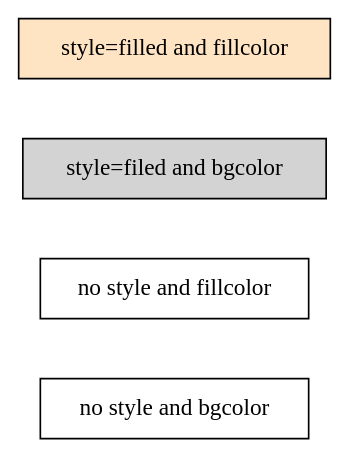
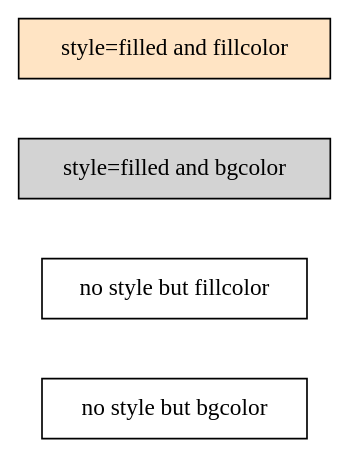
One commit to ReneNyffenegger/about-Graphviz changed the diagram in elems/node/filled.dot. Above: the diagram before and after it, drawn with Graphviz.

```diff
--- a/elems/node/filled.dot
+++ b/elems/node/filled.dot
@@ -1,12 +1,11 @@
 digraph X {
 
    node [ shape = box ]
 
    node_1 [ fillcolor=bisque  style=filled label="style=filled and fillcolor" ]
-   node_2 [   bgcolor=red     style=filled label="style=filed and bgcolor"    ] // bgcolor is not respected, color will be grey
-   node_3 [ fillcolor=bisque               label="no style and fillcolor"     ]
-   node_4 [   bgcolor=red                  label="no style and bgcolor"       ]
+   node_2 [   bgcolor=red     style=filled label="style=filled and bgcolor"   ] // bgcolor is not respected, color will be grey
+   node_3 [ fillcolor=bisque               label="no style but fillcolor"     ]
+   node_4 [   bgcolor=red                  label="no style but bgcolor"       ]
 
    node_1 -> node_2 -> node_3 -> node_4 [ style=invis ]
-
 }
```
